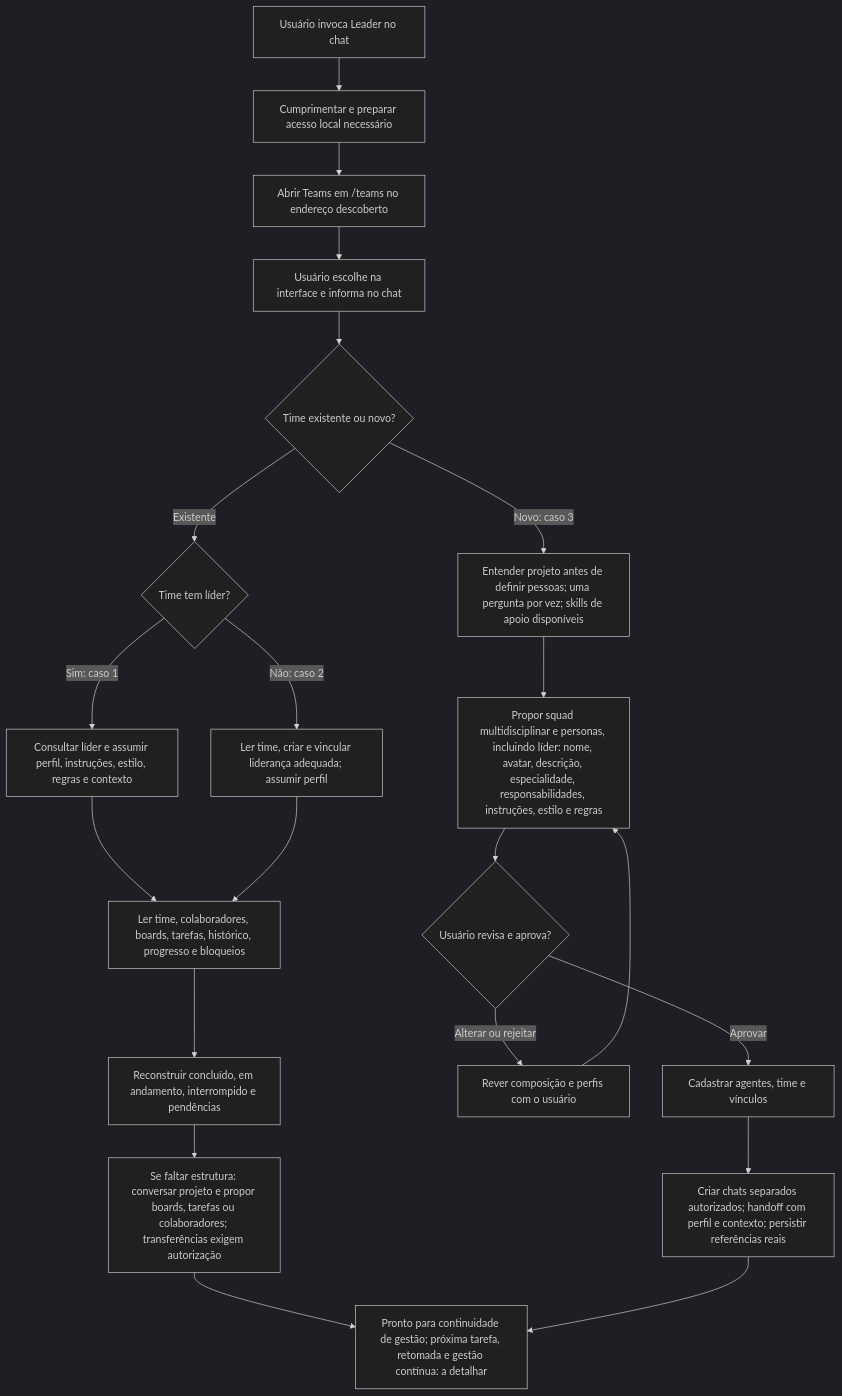
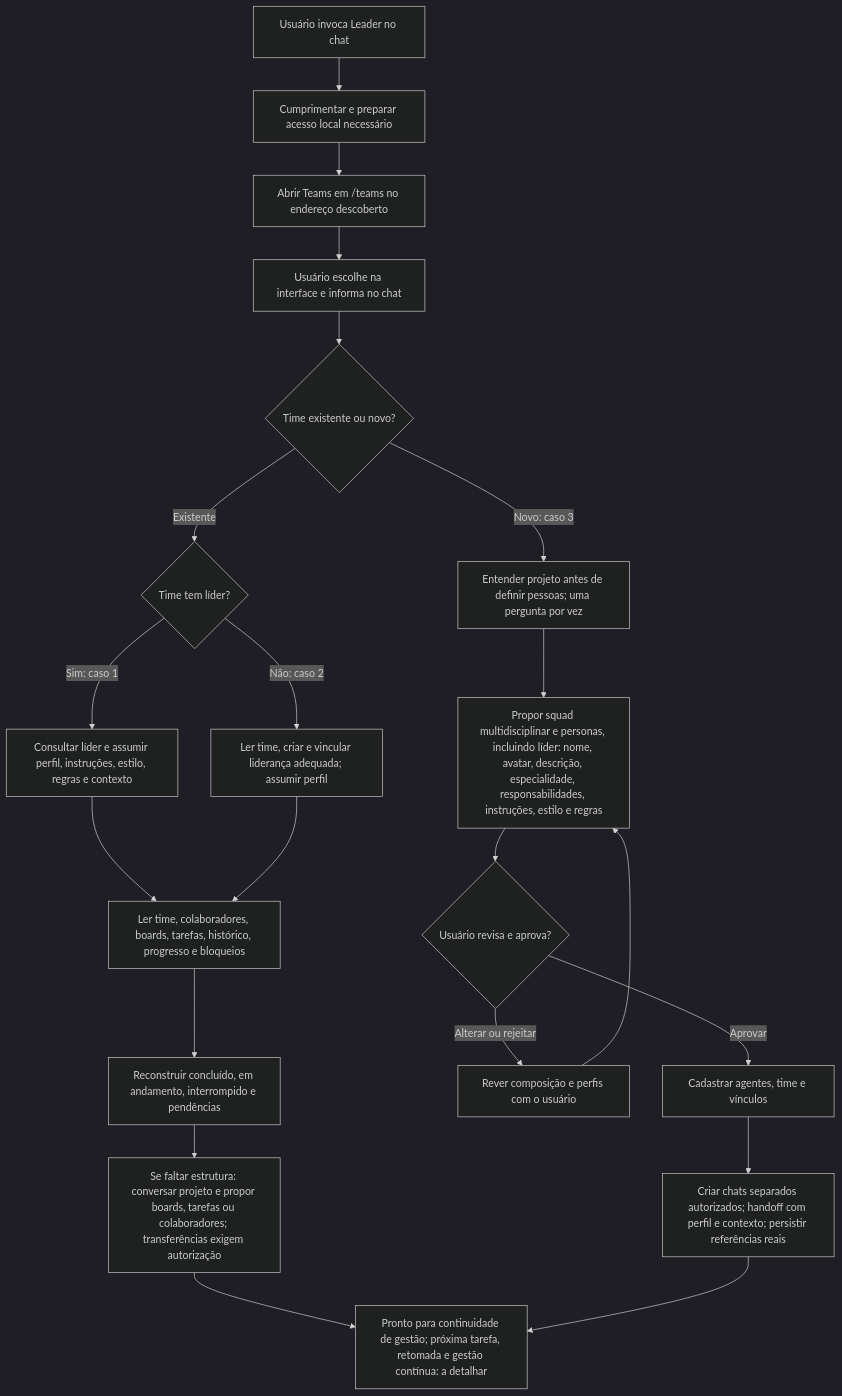
One commit to runvibe/beeteam changed the diagram in docs/leader-onboarding-flows.md. Above: the diagram before and after it, drawn with Mermaid (dark theme). The commit also changed other lines of this file, not shown here.

Commit message:
docs: clarify optional supporting skills in project discovery

````diff
--- a/docs/leader-onboarding-flows.md
+++ b/docs/leader-onboarding-flows.md
@@ -7,23 +7,23 @@
 ```mermaid
 flowchart TD
     A["Usuário invoca Leader no chat"] --> B["Cumprimentar e preparar acesso local necessário"]
     B --> C["Abrir Teams em /teams no endereço descoberto"]
     C --> D["Usuário escolhe na interface e informa no chat"]
     D --> E{"Time existente ou novo?"}
     E -->|Existente| F{"Time tem líder?"}
     F -->|Sim: caso 1| G["Consultar líder e assumir perfil, instruções, estilo, regras e contexto"]
     F -->|Não: caso 2| H["Ler time, criar e vincular liderança adequada; assumir perfil"]
     G --> I["Ler time, colaboradores, boards, tarefas, histórico, progresso e bloqueios"]
     H --> I
     I --> J["Reconstruir concluído, em andamento, interrompido e pendências"]
     J --> K["Se faltar estrutura: conversar projeto e propor boards, tarefas ou colaboradores; transferências exigem autorização"]
-    E -->|Novo: caso 3| L["Entender projeto antes de definir pessoas; uma pergunta por vez; skills de apoio disponíveis"]
+    E -->|Novo: caso 3| L["Entender projeto antes de definir pessoas; uma pergunta por vez"]
     L --> M["Propor squad multidisciplinar e personas, incluindo líder: nome, avatar, descrição, especialidade, responsabilidades, instruções, estilo e regras"]
     M --> N{"Usuário revisa e aprova?"}
     N -->|Alterar ou rejeitar| O["Rever composição e perfis com o usuário"]
     O --> M
     N -->|Aprovar| P["Cadastrar agentes, time e vínculos"]
     P --> Q["Criar chats separados autorizados; handoff com perfil e contexto; persistir referências reais"]
     K --> R["Pronto para continuidade de gestão; próxima tarefa, retomada e gestão contínua: a detalhar"]
     Q --> R
 ```
````
